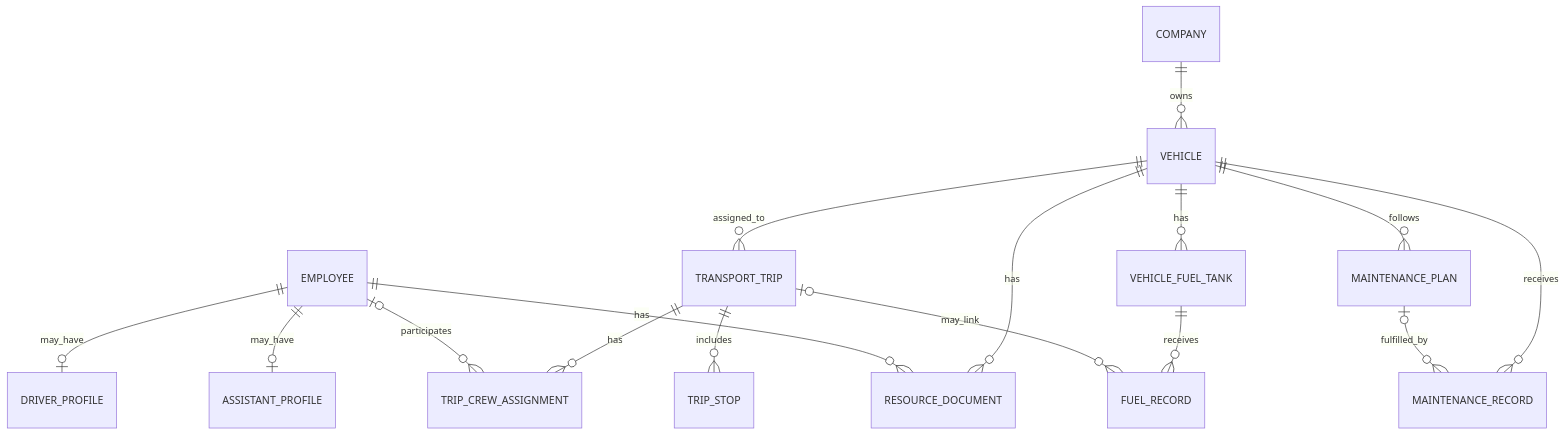
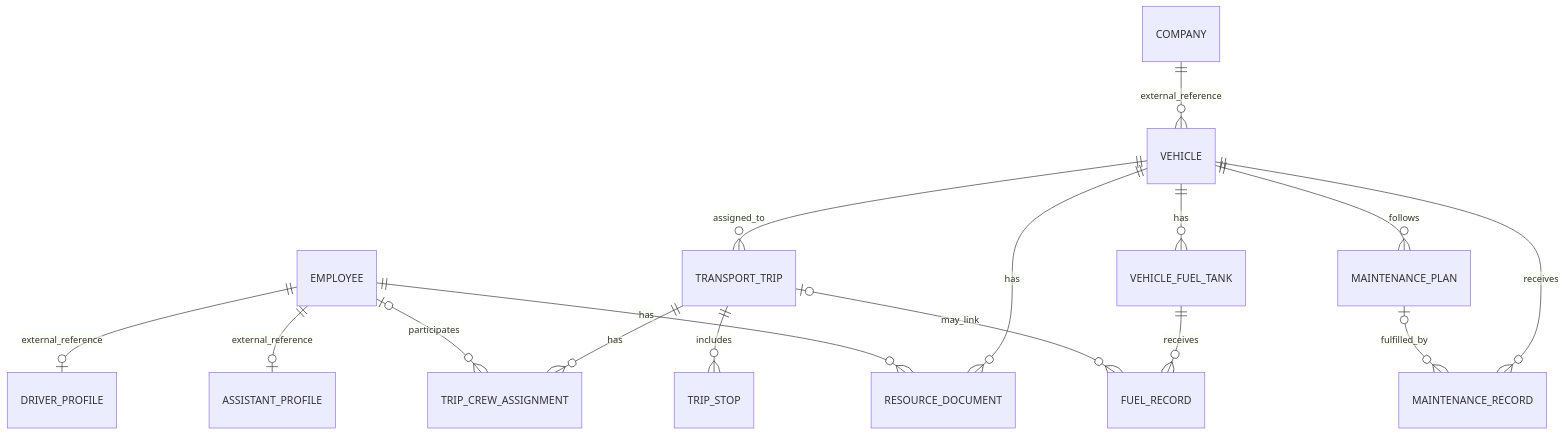
The diagram in docs/data-model.md (joseluiszamora/mvp-transporte), drawn with Mermaid before and after one commit. The commit also changed other lines of this file and 15 other files, not shown here.

````diff
--- a/docs/data-model.md
+++ b/docs/data-model.md
@@ -38,18 +40,18 @@
 ```mermaid
 erDiagram
-    COMPANY ||--o{ VEHICLE : owns
-    EMPLOYEE ||--o| DRIVER_PROFILE : may_have
-    EMPLOYEE ||--o| ASSISTANT_PROFILE : may_have
+    COMPANY ||--o{ VEHICLE : external_reference
+    EMPLOYEE ||--o| DRIVER_PROFILE : external_reference
+    EMPLOYEE ||--o| ASSISTANT_PROFILE : external_reference
     VEHICLE ||--o{ TRANSPORT_TRIP : assigned_to
     TRANSPORT_TRIP ||--o{ TRIP_CREW_ASSIGNMENT : has
     EMPLOYEE o|--o{ TRIP_CREW_ASSIGNMENT : participates
     TRANSPORT_TRIP ||--o{ TRIP_STOP : includes
     VEHICLE ||--o{ RESOURCE_DOCUMENT : has
     EMPLOYEE ||--o{ RESOURCE_DOCUMENT : has
     VEHICLE ||--o{ MAINTENANCE_PLAN : follows
     VEHICLE ||--o{ MAINTENANCE_RECORD : receives
     MAINTENANCE_PLAN o|--o{ MAINTENANCE_RECORD : fulfilled_by
     VEHICLE ||--o{ VEHICLE_FUEL_TANK : has
     VEHICLE_FUEL_TANK ||--o{ FUEL_RECORD : receives
     TRANSPORT_TRIP o|--o{ FUEL_RECORD : may_link
 ```
````
